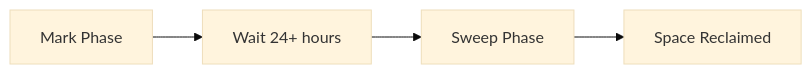
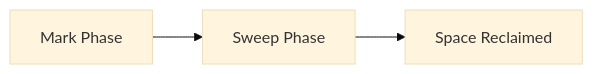
The diagram in docs/datastore/gc.md (somarc/oak-magnum-oakus), drawn with Mermaid (base theme) before and after one commit. The commit also changed other lines of this file and 32 other files, not shown here.

````diff
--- a/docs/datastore/gc.md
+++ b/docs/datastore/gc.md
@@ -9,6 +9,5 @@
 ```mermaid
 flowchart LR
-    A[Mark Phase] --> B[Wait 24+ hours]
-    B --> C[Sweep Phase]
-    C --> D[Space Reclaimed]
+    A[Mark Phase] --> B[Sweep Phase]
+    B --> C[Space Reclaimed]
 ```
````
